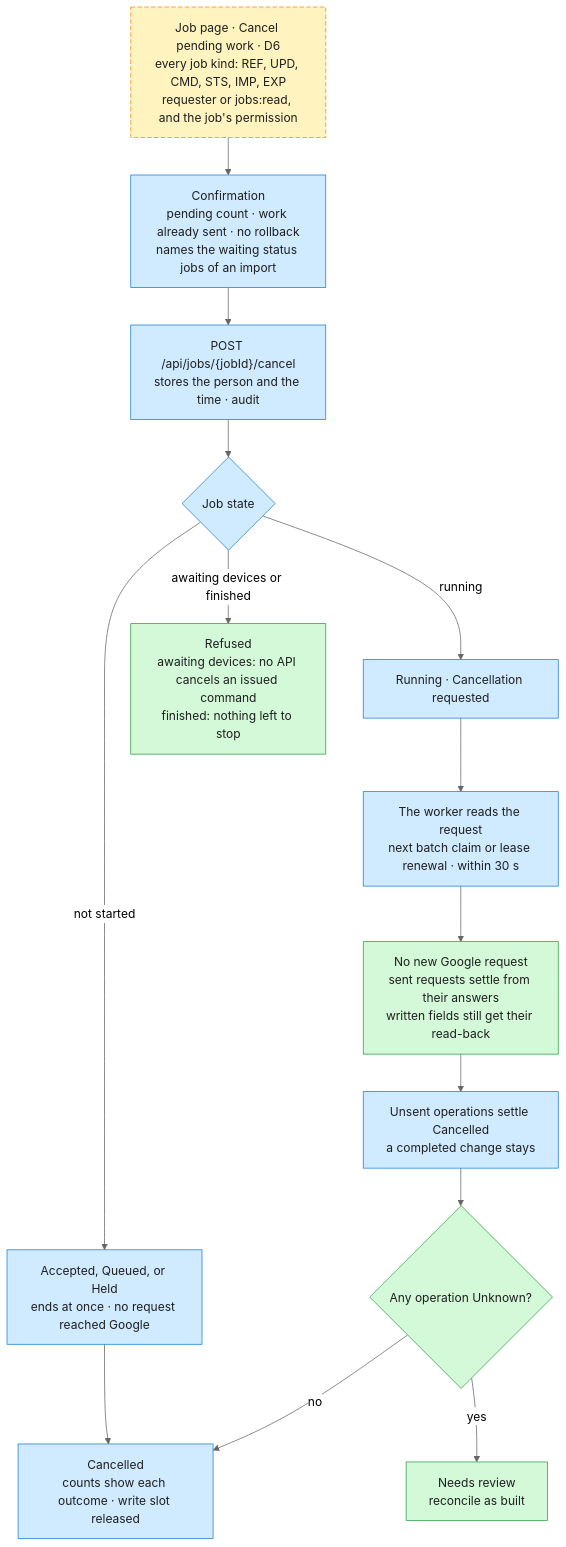
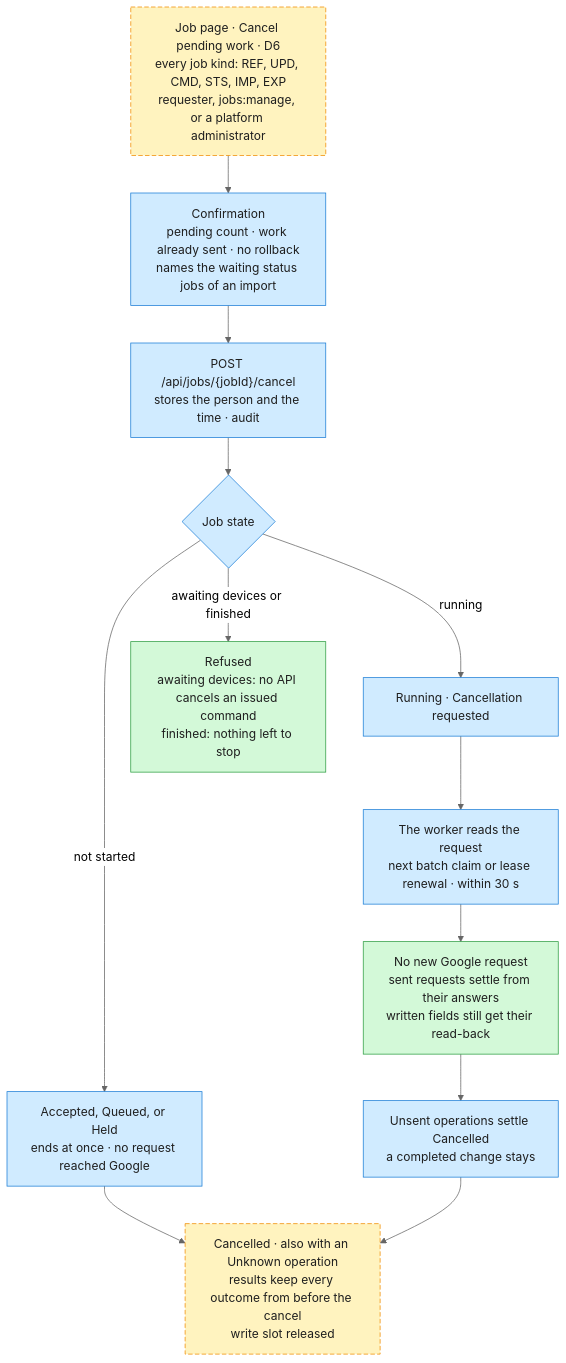
One commit to CampusCommander/campus-commander changed the second of 2 diagrams in docs/research/batch-update-export-import-technical-design.md. Above: the diagram before and after it, drawn with Mermaid (neutral theme). The commit also changed other lines of this file and 3 other files, not shown here.

````diff
--- a/docs/research/batch-update-export-import-technical-design.md
+++ b/docs/research/batch-update-export-import-technical-design.md
@@ -780,27 +782,23 @@
 ```mermaid
 flowchart TD
   classDef reuse fill:#d3f9d8,stroke:#2f9e44,color:#1e1e1e
   classDef new fill:#d0ebff,stroke:#1c7ed6,color:#1e1e1e
   classDef decision fill:#fff3bf,stroke:#f08c00,stroke-dasharray:6 3,color:#1e1e1e
 
-  C0["Job page · Cancel pending work · D6<br/>every job kind: REF, UPD, CMD, STS, IMP, EXP<br/>requester or jobs:read, and the job's permission"]:::decision
+  C0["Job page · Cancel pending work · D6<br/>every job kind: REF, UPD, CMD, STS, IMP, EXP<br/>requester, jobs:manage, or a platform administrator"]:::decision
   C1["Confirmation<br/>pending count · work already sent · no rollback<br/>names the waiting status jobs of an import"]:::new
   C2["POST /api/jobs/{jobId}/cancel<br/>stores the person and the time · audit"]:::new
   C3{"Job state"}:::new
   C4["Accepted, Queued, or Held<br/>ends at once · no request reached Google"]:::new
   C5["Running · Cancellation requested"]:::new
   C6["The worker reads the request<br/>next batch claim or lease renewal · within 30 s"]:::new
   C7["No new Google request<br/>sent requests settle from their answers<br/>written fields still get their read-back"]:::reuse
   C8["Unsent operations settle Cancelled<br/>a completed change stays"]:::new
-  C9{"Any operation Unknown?"}:::reuse
-  C10["Needs review<br/>reconcile as built"]:::reuse
-  C11["Cancelled<br/>counts show each outcome · write slot released"]:::new
+  C11["Cancelled · also with an Unknown operation<br/>results keep every outcome from before the cancel<br/>write slot released"]:::decision
   C12["Refused<br/>awaiting devices: no API cancels an issued command<br/>finished: nothing left to stop"]:::reuse
 
   C0 --> C1 --> C2 --> C3
   C3 -->|"not started"| C4 --> C11
-  C3 -->|"running"| C5 --> C6 --> C7 --> C8 --> C9
-  C9 -->|"yes"| C10
-  C9 -->|"no"| C11
+  C3 -->|"running"| C5 --> C6 --> C7 --> C8 --> C11
   C3 -->|"awaiting devices or finished"| C12
 ```
````
